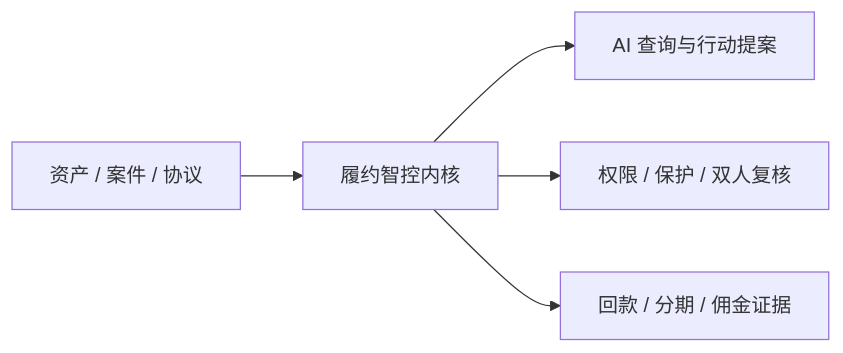
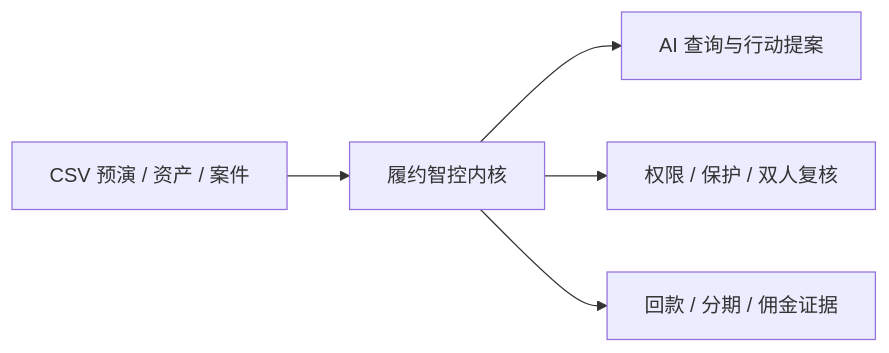
The first of 3 diagrams in README.md (IntelliPathway/luheng-fulfillops-cloud), drawn with Mermaid before and after one commit. The commit also changed other lines of this file and 37 other files, not shown here.

````diff
--- a/README.md
+++ b/README.md
@@ -17,7 +17,7 @@
 ```mermaid
 flowchart LR
-    Data["资产 / 案件 / 协议"] --> Core["履约智控内核"]
+    Data["CSV 预演 / 资产 / 案件"] --> Core["履约智控内核"]
     Core --> Agent["AI 查询与行动提案"]
     Core --> Guard["权限 / 保护 / 双人复核"]
     Core --> Ledger["回款 / 分期 / 佣金证据"]
 ```
````
